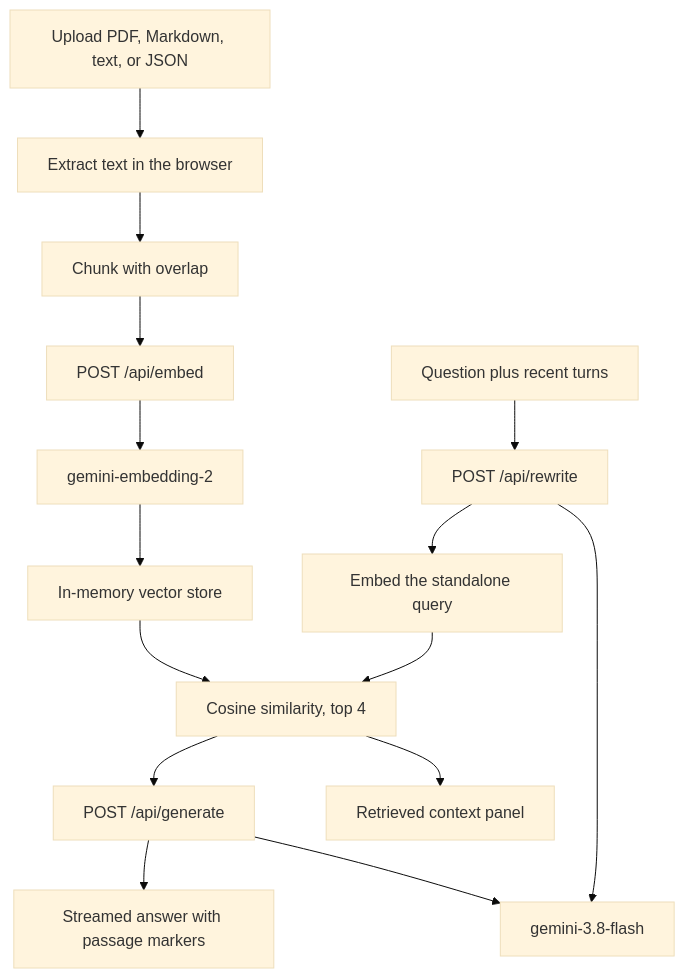
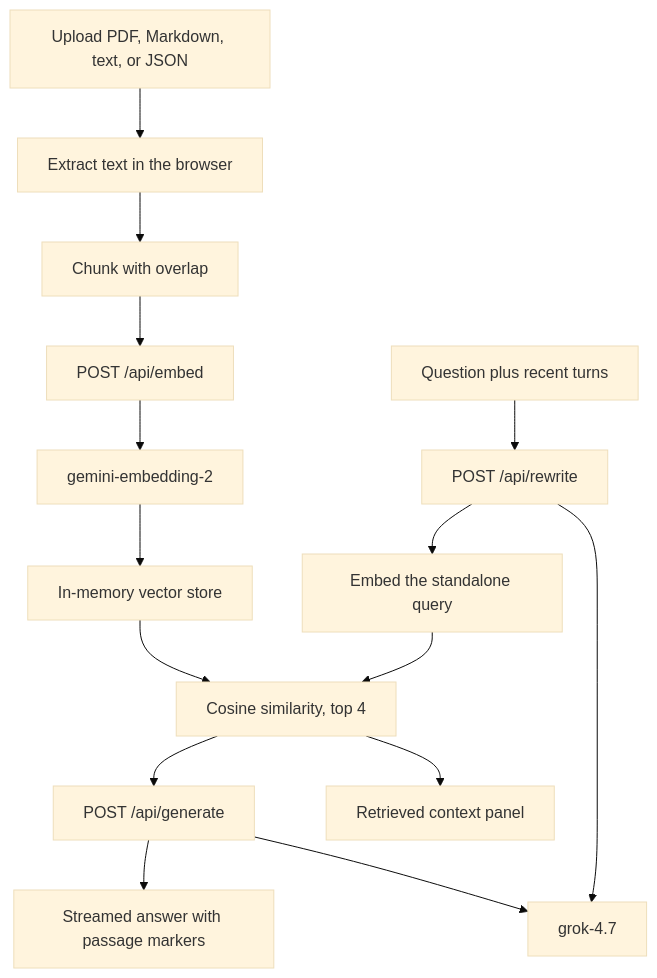
One commit to kfairy9999/Retrieval-Augmented-Generation changed the diagram in README.md. Above: the diagram before and after it, drawn with Mermaid (base theme). The commit also changed other lines of this file and 16 other files, not shown here.

First line of the commit message:
Answer with Grok and keep Gemini for embeddings.

````diff
--- a/README.md
+++ b/README.md
@@ -34,18 +35,18 @@
 ```mermaid
 flowchart TD
   upload["Upload PDF, Markdown, text, or JSON"] --> extract["Extract text in the browser"]
   extract --> chunk["Chunk with overlap"]
   chunk --> embed["POST /api/embed"]
   embed --> vectors["gemini-embedding-2"]
   vectors --> store["In-memory vector store"]
 
   question["Question plus recent turns"] --> rewrite["POST /api/rewrite"]
-  rewrite --> chat["gemini-3.8-flash"]
+  rewrite --> chat["grok-4.7"]
   rewrite --> queryEmbed["Embed the standalone query"]
   queryEmbed --> rank["Cosine similarity, top 4"]
   store --> rank
   rank --> panel["Retrieved context panel"]
   rank --> generate["POST /api/generate"]
   generate --> chat
   generate --> answer["Streamed answer with passage markers"]
 ```
````
